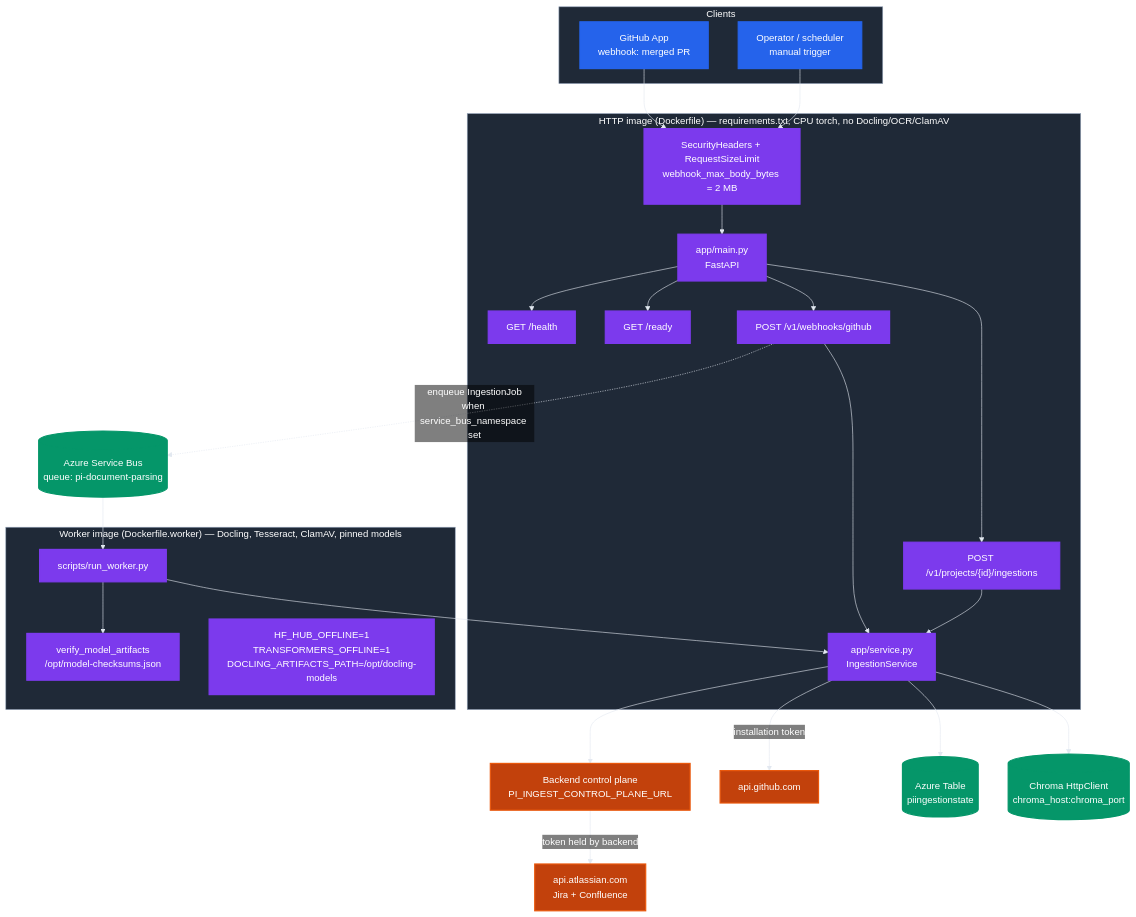
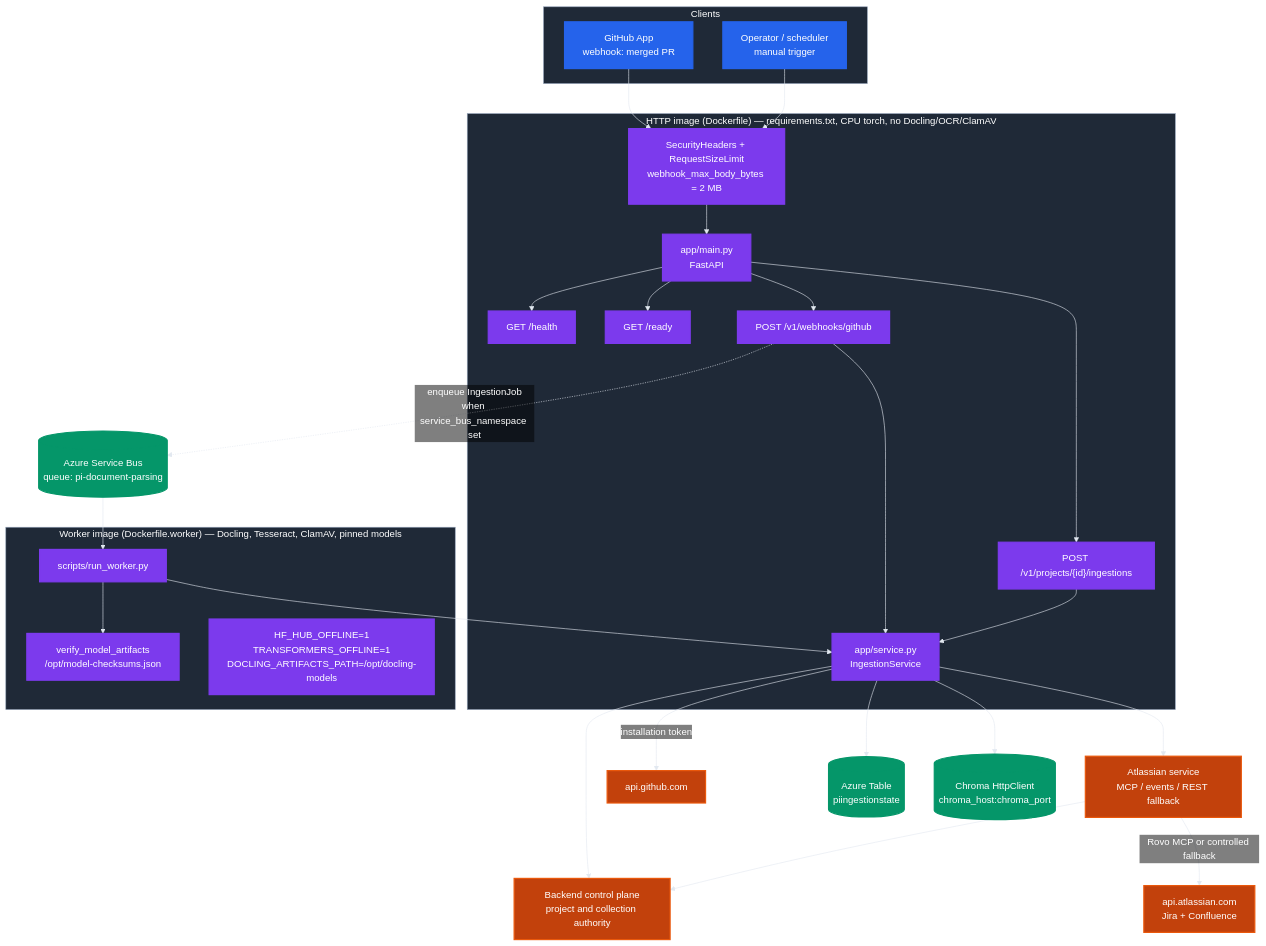
One commit to naveenrajElangovan/project-intelligence-ingestion changed the second of 16 diagrams in docs/CURRENT_ARCHITECTURE.md. Above: the diagram before and after it, drawn with Mermaid. The commit also changed other lines of this file and 1 other file, not shown here.

Commit message:
docs: define Atlassian ingestion boundary

````diff
--- a/docs/CURRENT_ARCHITECTURE.md
+++ b/docs/CURRENT_ARCHITECTURE.md
@@ -24,54 +47,57 @@
 ```mermaid
 %%{init: {"theme":"base","themeVariables":{"darkMode":true,"background":"transparent","textColor":"#FFFFFF","primaryColor":"#2563EB","primaryTextColor":"#FFFFFF","primaryBorderColor":"#2563EB","lineColor":"#E2E8F0","edgeLabelBackground":"transparent","secondaryColor":"#7C3AED","secondaryTextColor":"#FFFFFF","tertiaryColor":"#059669","tertiaryTextColor":"#FFFFFF","clusterBkg":"#1F2937","clusterBorder":"#94A3B8","fontFamily":"Inter, Arial, sans-serif"},"themeCSS":"svg { background-color: transparent; } .edgeLabel { color: #FFFFFF !important; background-color: transparent !important; }"}}%%
 flowchart TB
     subgraph Clients
         GHW["GitHub App<br/>webhook: merged PR"]
         OPS["Operator / scheduler<br/>manual trigger"]
     end
 
     subgraph API_Image["HTTP image (Dockerfile) — requirements.txt, CPU torch, no Docling/OCR/ClamAV"]
         MAIN["app/main.py<br/>FastAPI"]
         R1["GET /health"]
         R2["GET /ready"]
         R3["POST /v1/webhooks/github"]
         R4["POST /v1/projects/{id}/ingestions"]
         MW["SecurityHeaders + RequestSizeLimit<br/>webhook_max_body_bytes = 2 MB"]
         SVC["app/service.py<br/>IngestionService"]
     end
 
     subgraph Worker_Image["Worker image (Dockerfile.worker) — Docling, Tesseract, ClamAV, pinned models"]
         RW["scripts/run_worker.py"]
         VER["verify_model_artifacts<br/>/opt/model-checksums.json"]
         ENVOFF["HF_HUB_OFFLINE=1<br/>TRANSFORMERS_OFFLINE=1<br/>DOCLING_ARTIFACTS_PATH=/opt/docling-models"]
     end
 
     SB[("Azure Service Bus<br/>queue: pi-document-parsing")]
-    CP["Backend control plane<br/>PI_INGEST_CONTROL_PLANE_URL"]
+    CP["Backend control plane<br/>project and collection authority"]
+    ATS["Atlassian service<br/>MCP / events / REST fallback"]
     ATL["api.atlassian.com<br/>Jira + Confluence"]
     GHAPI["api.github.com"]
     TBL[("Azure Table<br/>piingestionstate")]
     CHR[("Chroma HttpClient<br/>chroma_host:chroma_port")]
 
     GHW --> MW --> MAIN
     OPS --> MW
     MAIN --> R1 & R2 & R3 & R4
     R3 --> SVC
     R4 --> SVC
     R3 -. "enqueue IngestionJob<br/>when service_bus_namespace set" .-> SB
     SB --> RW --> SVC
     RW --> VER
     SVC --> CP
-    CP -->|"token held by backend"| ATL
+    SVC --> ATS
+    ATS --> CP
+    ATS -->|"Rovo MCP or controlled fallback"| ATL
     SVC -->|"installation token"| GHAPI
     SVC --> TBL
     SVC --> CHR
 
     classDef entry fill:#2563EB,stroke:#2563EB,color:#FFFFFF,stroke-width:2px;
     classDef service fill:#7C3AED,stroke:#7C3AED,color:#FFFFFF,stroke-width:2px;
     classDef external fill:#C2410C,stroke:#EA580C,color:#FFFFFF,stroke-width:2px;
     classDef data fill:#059669,stroke:#059669,color:#FFFFFF,stroke-width:2px;
     class GHW,OPS entry;
     class MAIN,R1,R2,R3,R4,MW,SVC,RW,VER,ENVOFF service;
-    class CP,ATL,GHAPI external;
+    class CP,ATS,ATL,GHAPI external;
     class SB,TBL,CHR data;
 ```
````
